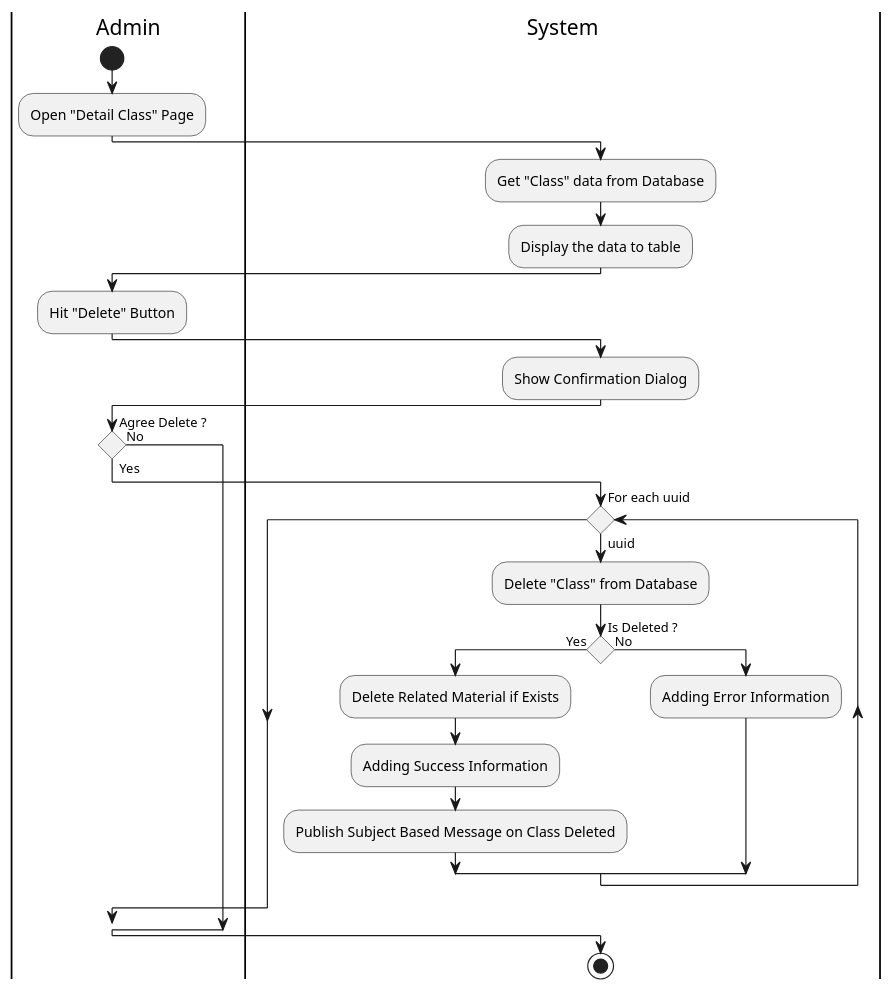
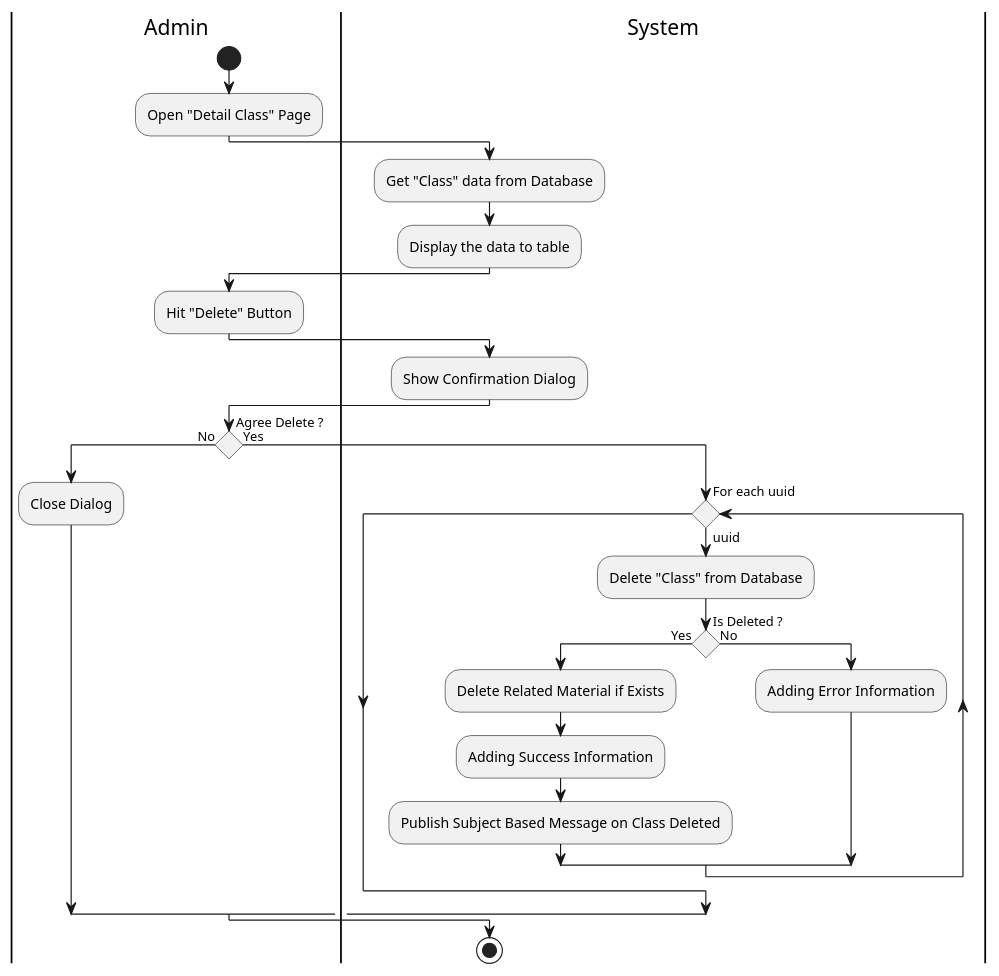
One commit to fwidjaya20/fazzlearning-uml changed the diagram in Activity/Release02/DeleteClass.wsd. Above: the diagram before and after it, drawn with PlantUML. The commit also changed 18 other files, not shown here.

```diff
--- a/Activity/Release02/DeleteClass.wsd
+++ b/Activity/Release02/DeleteClass.wsd
@@ -1,40 +1,41 @@
 @startuml DeleteClass
 
 skinparam ConditionEndStyle hline
 skinparam conditionStyle diamond
 skinparam Monochrome true
 skinparam Shadowing false
 
 |Admin|
 start
 :Open "Detail Class" Page;
 
 |System|
 :Get "Class" data from Database;
 :Display the data to table;
 
 |Admin|
 :Hit "Delete" Button;
 
 |System|
 :Show Confirmation Dialog;
 
 |Admin|
 if (Agree Delete ?) then (No)
+    :Close Dialog;
 else (Yes)
     |System|
     while (For each uuid) is (uuid)
         :Delete "Class" from Database;
         |System|
         if (Is Deleted ?) then (Yes)
             :Delete Related Material if Exists;
             :Adding Success Information;
             :Publish Subject Based Message on Class Deleted;
         else (No)
             :Adding Error Information;
         endif
     endwhile
 endif
 stop
 
 @enduml
```
